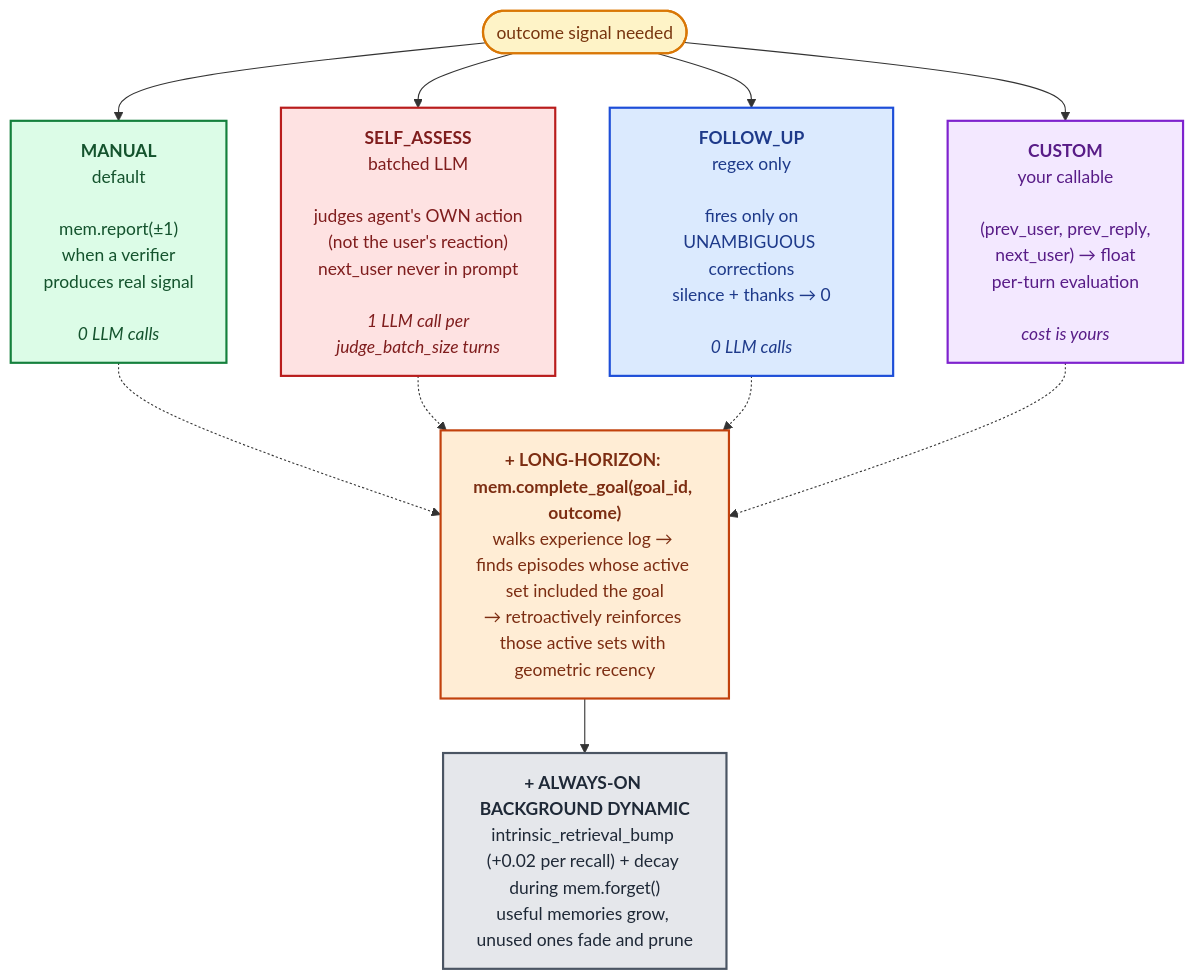
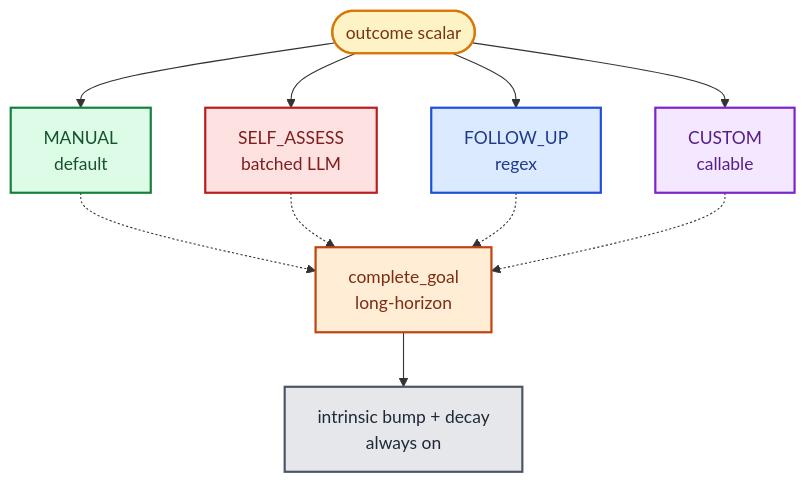
Before and after one commit to vitalops/coherence: the fifth of 6 diagrams in docs/architecture.md, drawn with Mermaid. The commit also changed other lines of this file, not shown here.

Commit message:
upd: fix ugly diagrams

````diff
--- a/docs/architecture.md
+++ b/docs/architecture.md
@@ -250,32 +225,31 @@
 ```mermaid
 flowchart TD
-    NEED(["outcome signal needed"]):::io
+    NEED([outcome scalar]):::io
 
-    M["<b>MANUAL</b><br/>default<br/><br/>mem.report(±1)<br/>when a verifier<br/>produces real signal<br/><br/><i>0 LLM calls</i>"]:::manual
-    SA["<b>SELF_ASSESS</b><br/>batched LLM<br/><br/>judges agent's OWN action<br/>(not the user's reaction)<br/>next_user never in prompt<br/><br/><i>1 LLM call per<br/>judge_batch_size turns</i>"]:::llm
-    FU["<b>FOLLOW_UP</b><br/>regex only<br/><br/>fires only on<br/>UNAMBIGUOUS corrections<br/>silence + thanks → 0<br/><br/><i>0 LLM calls</i>"]:::regex
-    CU["<b>CUSTOM</b><br/>your callable<br/><br/>(prev_user, prev_reply,<br/>next_user) → float<br/>per-turn evaluation<br/><br/><i>cost is yours</i>"]:::custom
+    M[MANUAL<br/>default]:::manual
+    SA[SELF_ASSESS<br/>batched LLM]:::llm
+    FU[FOLLOW_UP<br/>regex]:::regex
+    CU[CUSTOM<br/>callable]:::custom
 
     NEED --> M
     NEED --> SA
     NEED --> FU
     NEED --> CU
 
-    GOAL["<b>+ LONG-HORIZON: mem.complete_goal(goal_id, outcome)</b><br/>walks experience log → finds episodes whose active set included the goal<br/>→ retroactively reinforces those active sets with geometric recency"]:::goal
-
-    BG["<b>+ ALWAYS-ON BACKGROUND DYNAMIC</b><br/>intrinsic_retrieval_bump (+0.02 per recall) + decay during mem.forget()<br/>useful memories grow, unused ones fade and prune"]:::bg
+    GOAL[complete_goal<br/>long-horizon]:::goal
+    BG[intrinsic bump + decay<br/>always on]:::bg
 
     M -.-> GOAL
     SA -.-> GOAL
     FU -.-> GOAL
     CU -.-> GOAL
     GOAL --> BG
 
     classDef io fill:#fef3c7,stroke:#d97706,color:#78350f,stroke-width:2px
     classDef manual fill:#dcfce7,stroke:#15803d,color:#14532d,stroke-width:2px
     classDef llm fill:#fee2e2,stroke:#b91c1c,color:#7f1d1d,stroke-width:2px
     classDef regex fill:#dbeafe,stroke:#1d4ed8,color:#1e3a8a,stroke-width:2px
     classDef custom fill:#f3e8ff,stroke:#7e22ce,color:#581c87,stroke-width:2px
     classDef goal fill:#ffedd5,stroke:#c2410c,color:#7c2d12,stroke-width:2px
     classDef bg fill:#e5e7eb,stroke:#4b5563,color:#1f2937,stroke-width:2px
 ```
````
